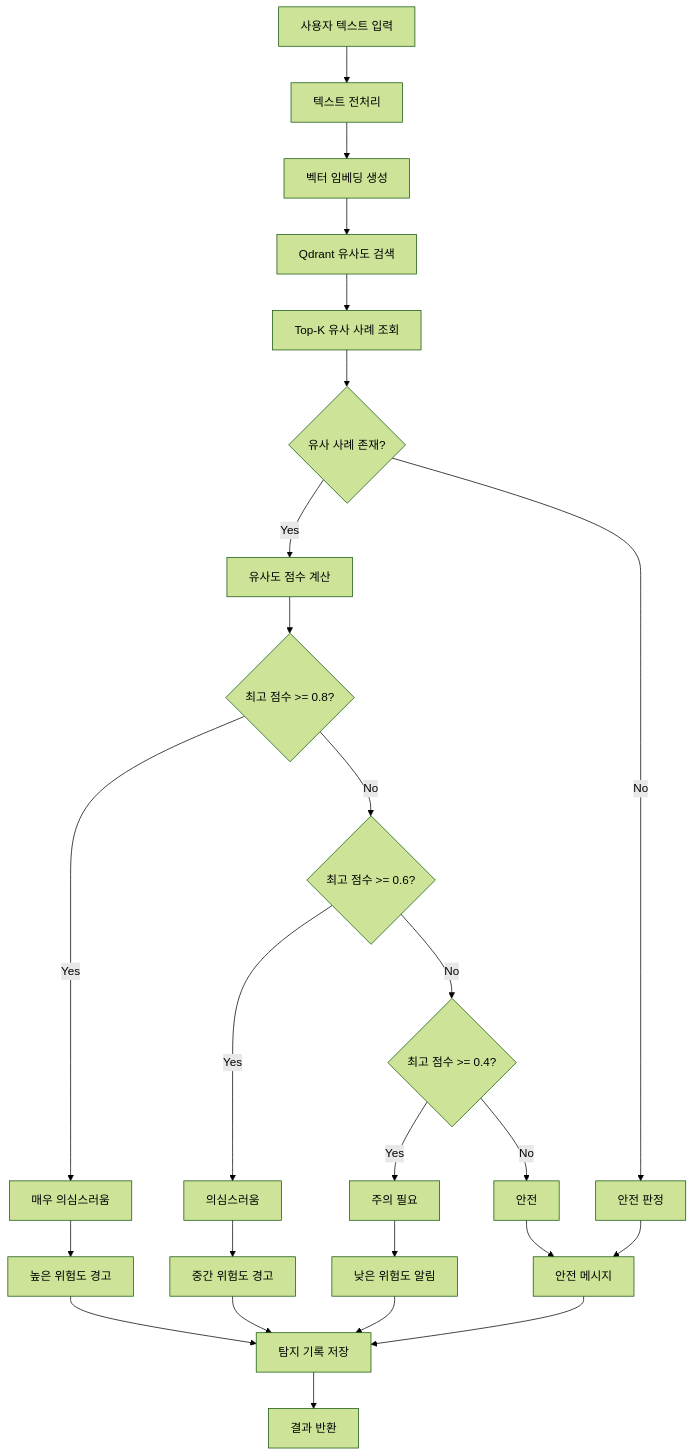
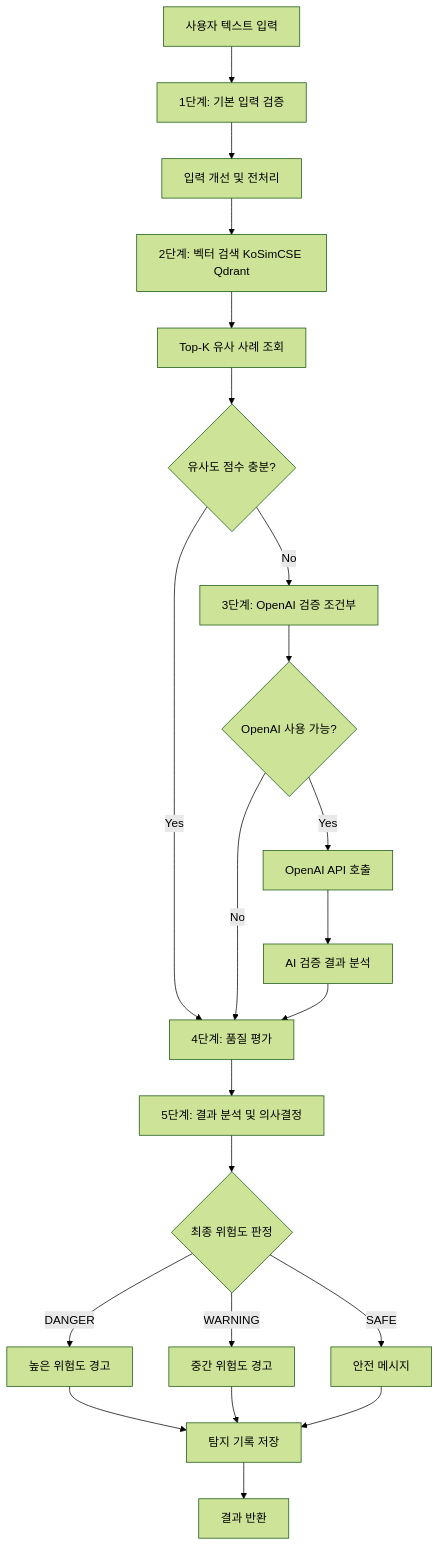
The third of 12 diagrams in docs/flows/business.md (Central-MakeUs/CheatKey-Server), drawn with Mermaid (forest theme) before and after one commit. The commit also changed other lines of this file and 6 other files, not shown here.

````diff
--- a/docs/flows/business.md
+++ b/docs/flows/business.md
@@ -68,33 +68,28 @@
 ```mermaid
 flowchart TD
-    A[사용자 텍스트 입력] --> B[텍스트 전처리]
-    B --> C[벡터 임베딩 생성]
-    C --> D[Qdrant 유사도 검색]
+    A[사용자 텍스트 입력] --> B[1단계: 기본 입력 검증]
+    B --> C[입력 개선 및 전처리]
+    C --> D[2단계: 벡터 검색 KoSimCSE Qdrant]
     D --> E[Top-K 유사 사례 조회]
     
-    E --> F{유사 사례 존재?}
-    F -->|No| G[안전 판정]
-    F -->|Yes| H[유사도 점수 계산]
+    E --> F{유사도 점수 충분?}
+    F -->|No| G[3단계: OpenAI 검증 조건부]
+    F -->|Yes| H[4단계: 품질 평가]
     
-    H --> I{최고 점수 >= 0.8?}
-    I -->|Yes| J[매우 의심스러움]
-    I -->|No| K{최고 점수 >= 0.6?}
+    G --> I{OpenAI 사용 가능?}
+    I -->|No| H
+    I -->|Yes| J[OpenAI API 호출]
+    J --> K[AI 검증 결과 분석]
+    K --> H
     
-    K -->|Yes| L[의심스러움]
-    K -->|No| M{최고 점수 >= 0.4?}
+    H --> L[5단계: 결과 분석 및 의사결정]
+    L --> M{최종 위험도 판정}
+    M -->|DANGER| N[높은 위험도 경고]
+    M -->|WARNING| O[중간 위험도 경고]
+    M -->|SAFE| P[안전 메시지]
     
-    M -->|Yes| N[주의 필요]
-    M -->|No| O[안전]
-    
-    J --> P[높은 위험도 경고]
-    L --> Q[중간 위험도 경고]
-    N --> R[낮은 위험도 알림]
-    O --> S[안전 메시지]
-    G --> S
-    
-    P --> T[탐지 기록 저장]
-    Q --> T
-    R --> T
-    S --> T
-    T --> U[결과 반환]
+    N --> Q[탐지 기록 저장]
+    O --> Q
+    P --> Q
+    Q --> R[결과 반환]
 ```
````
